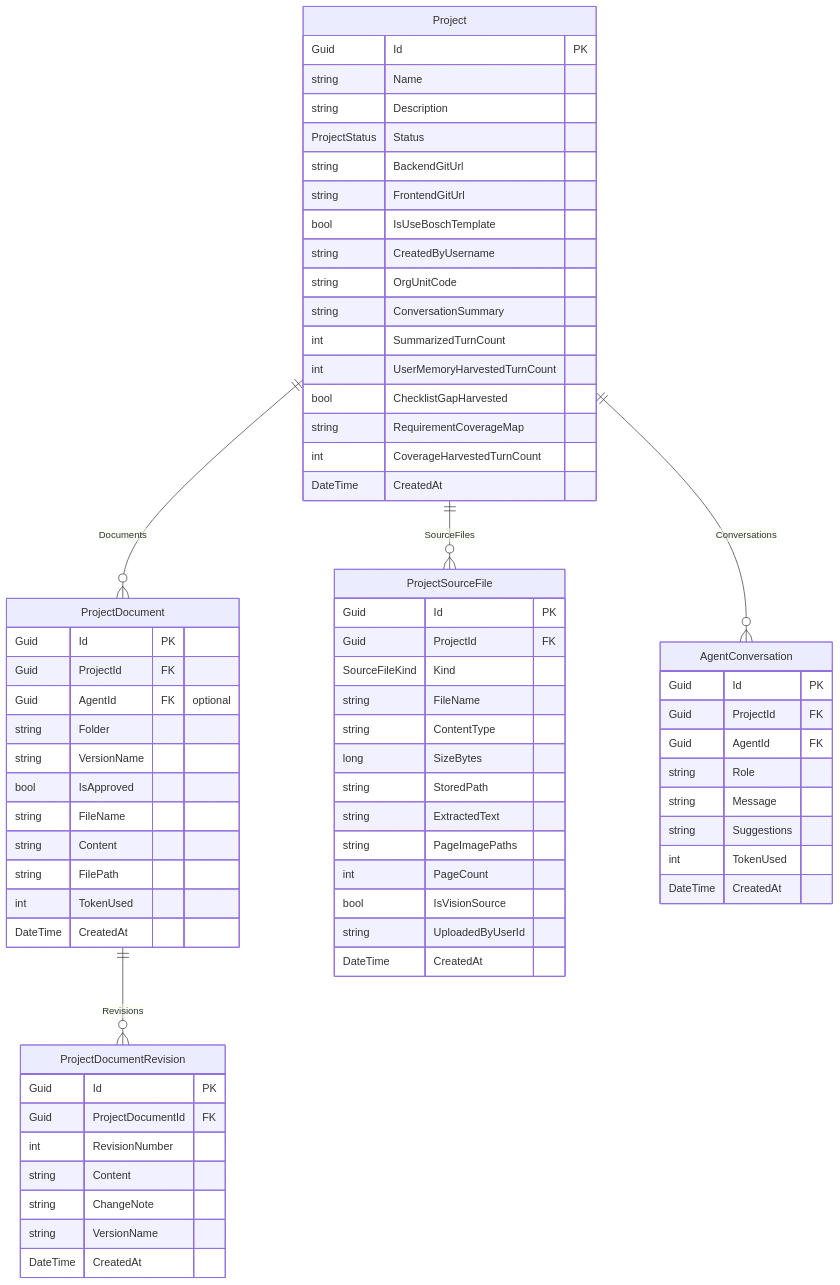
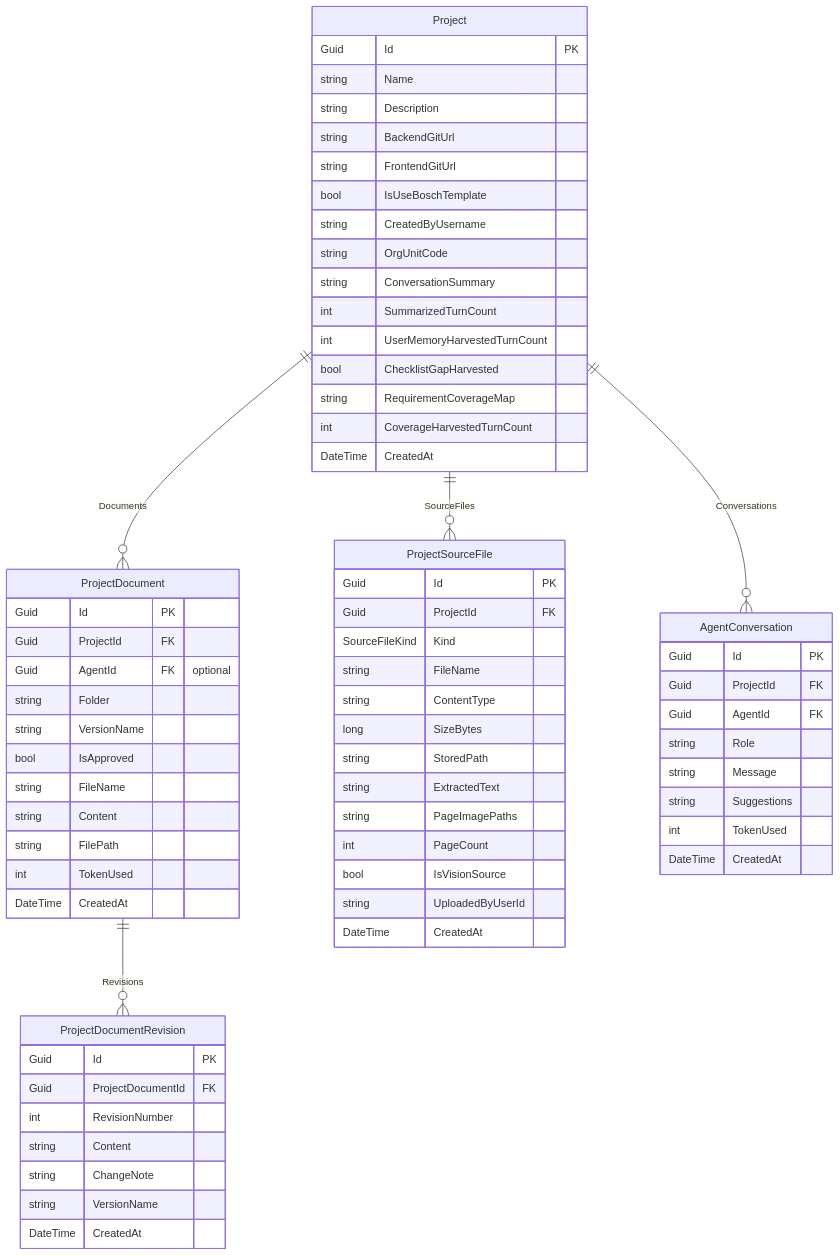
Before and after one commit to Songlong0506/ICOGenerator-v4: the third of 10 diagrams in docs/DatabaseDesign.md, drawn with Mermaid. The commit also changed 9 other files, not shown here.

````diff
--- a/docs/DatabaseDesign.md
+++ b/docs/DatabaseDesign.md
@@ -58,77 +58,76 @@
 ```mermaid
 erDiagram
     Project {
         Guid Id PK
         string Name
         string Description
-        ProjectStatus Status
         string BackendGitUrl
         string FrontendGitUrl
         bool IsUseBoschTemplate
         string CreatedByUsername
         string OrgUnitCode
         string ConversationSummary
         int SummarizedTurnCount
         int UserMemoryHarvestedTurnCount
         bool ChecklistGapHarvested
         string RequirementCoverageMap
         int CoverageHarvestedTurnCount
         DateTime CreatedAt
     }
 
     ProjectDocument {
         Guid Id PK
         Guid ProjectId FK
         Guid AgentId FK "optional"
         string Folder
         string VersionName
         bool IsApproved
         string FileName
         string Content
         string FilePath
         int TokenUsed
         DateTime CreatedAt
     }
 
     ProjectDocumentRevision {
         Guid Id PK
         Guid ProjectDocumentId FK
         int RevisionNumber
         string Content
         string ChangeNote
         string VersionName
         DateTime CreatedAt
     }
 
     ProjectSourceFile {
         Guid Id PK
         Guid ProjectId FK
         SourceFileKind Kind
         string FileName
         string ContentType
         long SizeBytes
         string StoredPath
         string ExtractedText
         string PageImagePaths
         int PageCount
         bool IsVisionSource
         string UploadedByUserId
         DateTime CreatedAt
     }
 
     AgentConversation {
         Guid Id PK
         Guid ProjectId FK
         Guid AgentId FK
         string Role
         string Message
         string Suggestions
         int TokenUsed
         DateTime CreatedAt
     }
 
     Project ||--o{ ProjectDocument : Documents
     ProjectDocument ||--o{ ProjectDocumentRevision : Revisions
     Project ||--o{ ProjectSourceFile : SourceFiles
     Project ||--o{ AgentConversation : Conversations
 ```
````
